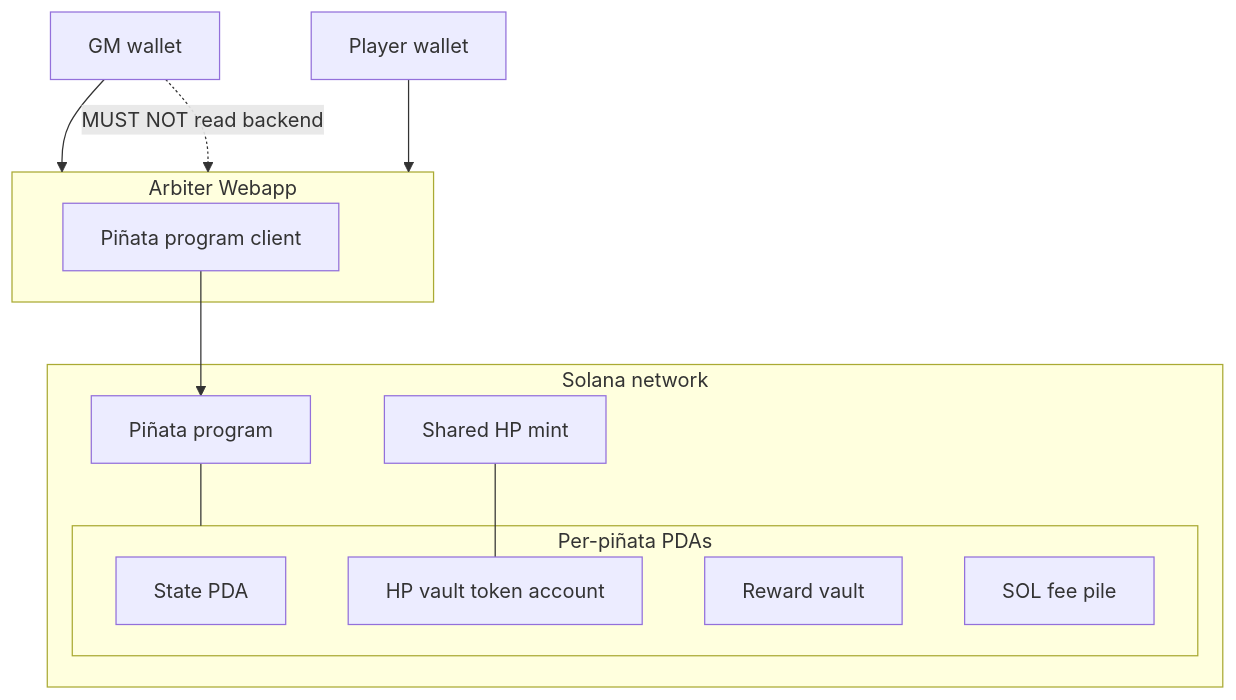
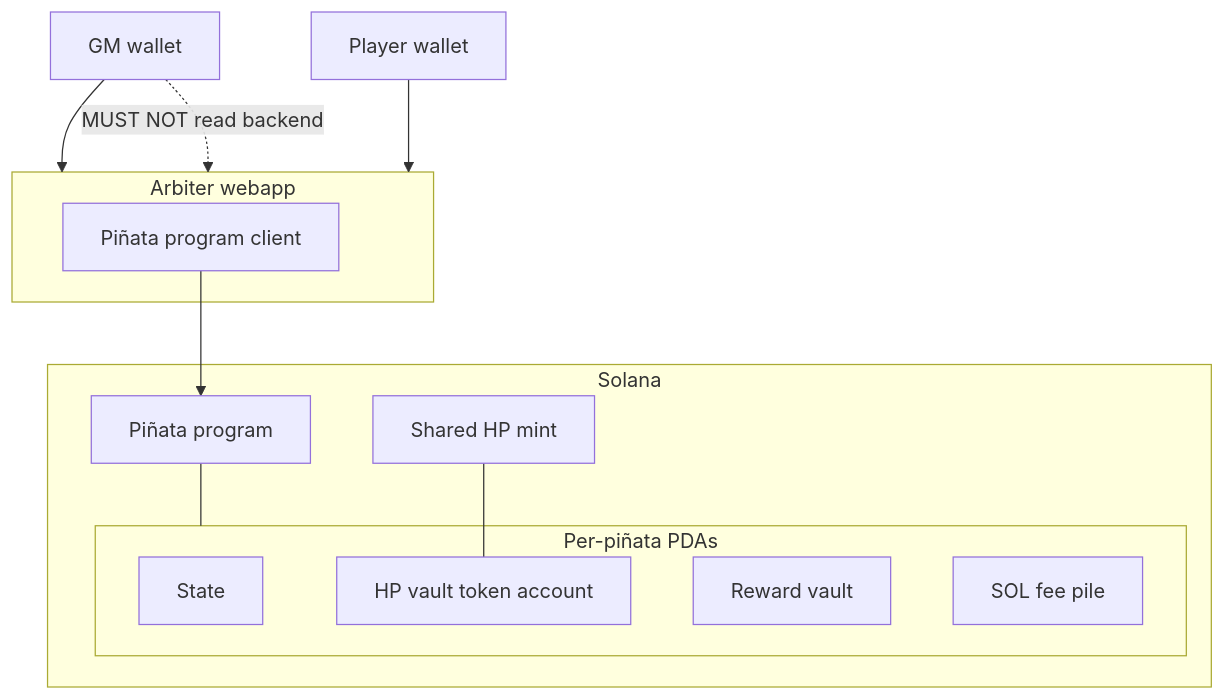
One commit to kilogold/confidential-pinata changed the first of 2 diagrams in docs/deployment.md. Above: the diagram before and after it, drawn with Mermaid. The commit also changed other lines of this file and 7 other files, not shown here.

````diff
--- a/docs/deployment.md
+++ b/docs/deployment.md
@@ -9,27 +13,27 @@
 ```mermaid
 flowchart TB
   gmWallet[GM wallet]
   playerWallet[Player wallet]
 
-  subgraph arbiter [Arbiter Webapp]
+  subgraph arbiter [Arbiter webapp]
     client[Piñata program client]
   end
 
-  subgraph solana [Solana network]
+  subgraph solana [Solana]
     program[Piñata program]
     hpMint[Shared HP mint]
     subgraph pdas [Per-piñata PDAs]
-      state[State PDA]
+      state[State]
       hpVault[HP vault token account]
       rewardVault[Reward vault]
       solPile[SOL fee pile]
     end
     program --- pdas
     hpMint --- hpVault
   end
 
   gmWallet --> arbiter
   playerWallet --> arbiter
   client --> program
   gmWallet -.->|"MUST NOT read backend"| arbiter
 ```
````
